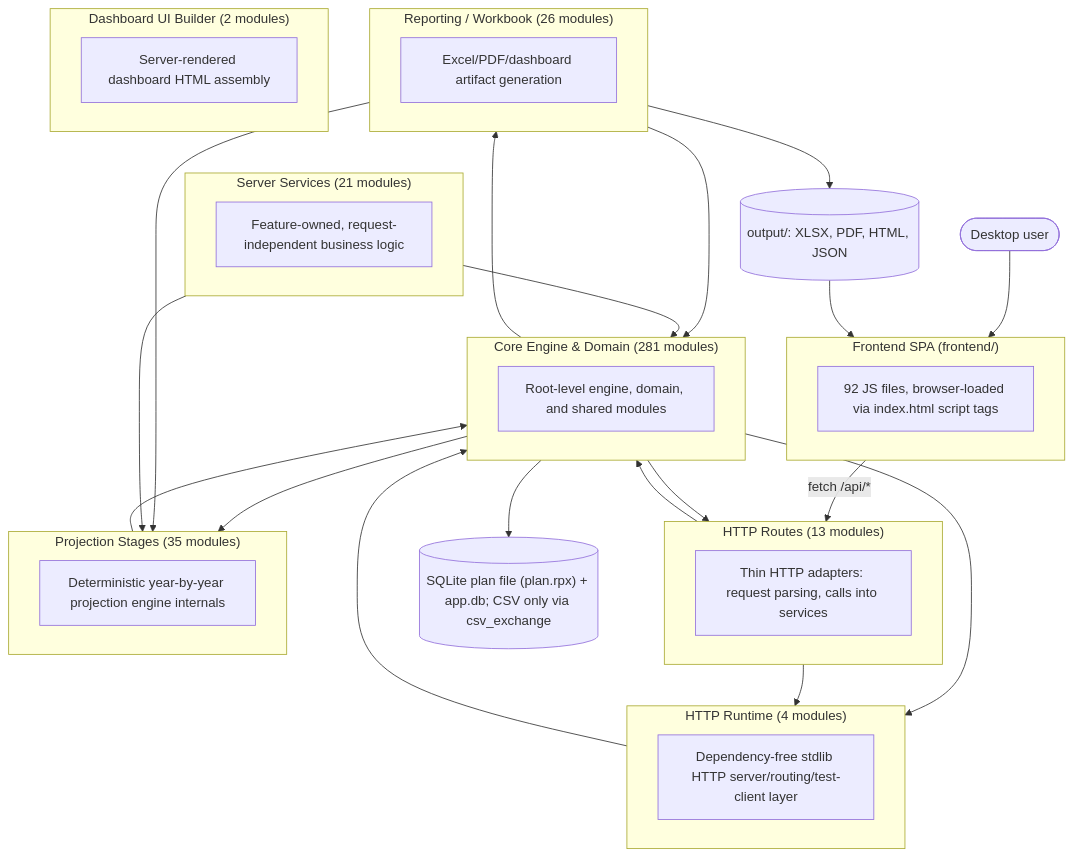
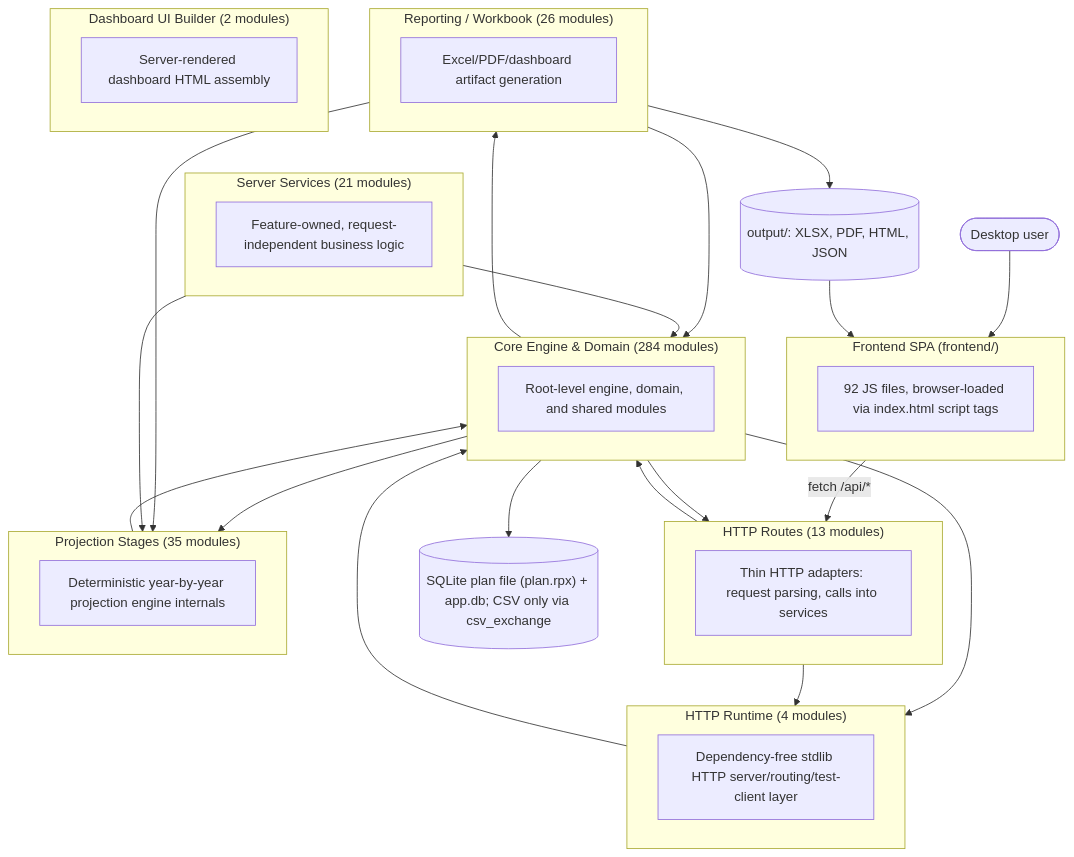
One commit to matthartzman/retirement_system changed the first of 2 diagrams in documentation/reference/SYSTEM_ARCHITECTURE_DIAGRAM.md. Above: the diagram before and after it, drawn with Mermaid. The commit also changed other lines of this file and 25 other files, not shown here.

````diff
--- a/documentation/reference/SYSTEM_ARCHITECTURE_DIAGRAM.md
+++ b/documentation/reference/SYSTEM_ARCHITECTURE_DIAGRAM.md
@@ -11,44 +11,44 @@
 ```mermaid
 flowchart TB
     User(["Desktop user"]) --> FE
     subgraph FE["Frontend SPA (frontend/)"]
         FEcount["92 JS files, browser-loaded via index.html script tags"]
     end
     FE -->|fetch /api/*| L_HTTP_Routes
     subgraph L_HTTP_Routes["HTTP Routes (13 modules)"]
         L_HTTP_Routes_d["Thin HTTP adapters: request parsing, calls into services"]
     end
     subgraph L_Server_Services["Server Services (21 modules)"]
         L_Server_Services_d["Feature-owned, request-independent business logic"]
     end
     subgraph L_HTTP_Runtime["HTTP Runtime (4 modules)"]
         L_HTTP_Runtime_d["Dependency-free stdlib HTTP server/routing/test-client layer"]
     end
-    subgraph L_Core_Engine___Domain["Core Engine & Domain (281 modules)"]
+    subgraph L_Core_Engine___Domain["Core Engine & Domain (284 modules)"]
         L_Core_Engine___Domain_d["Root-level engine, domain, and shared modules"]
     end
     subgraph L_Projection_Stages["Projection Stages (35 modules)"]
         L_Projection_Stages_d["Deterministic year-by-year projection engine internals"]
     end
     subgraph L_Reporting___Workbook["Reporting / Workbook (26 modules)"]
         L_Reporting___Workbook_d["Excel/PDF/dashboard artifact generation"]
     end
     subgraph L_Dashboard_UI_Builder["Dashboard UI Builder (2 modules)"]
         L_Dashboard_UI_Builder_d["Server-rendered dashboard HTML assembly"]
     end
     L_Core_Engine___Domain --> L_HTTP_Routes
     L_Core_Engine___Domain --> L_HTTP_Runtime
     L_Core_Engine___Domain --> L_Projection_Stages
     L_Core_Engine___Domain --> L_Reporting___Workbook
     L_HTTP_Routes --> L_Core_Engine___Domain
     L_HTTP_Routes --> L_HTTP_Runtime
     L_HTTP_Runtime --> L_Core_Engine___Domain
     L_Projection_Stages --> L_Core_Engine___Domain
     L_Reporting___Workbook --> L_Core_Engine___Domain
     L_Reporting___Workbook --> L_Projection_Stages
     L_Server_Services --> L_Core_Engine___Domain
     L_Server_Services --> L_Projection_Stages
     L_Core_Engine___Domain --> DB[("SQLite plan file (plan.rpx) + app.db; CSV only via csv_exchange")]
     L_Reporting___Workbook --> Outputs[("output/: XLSX, PDF, HTML, JSON")]
     Outputs --> FE
 ```
````
